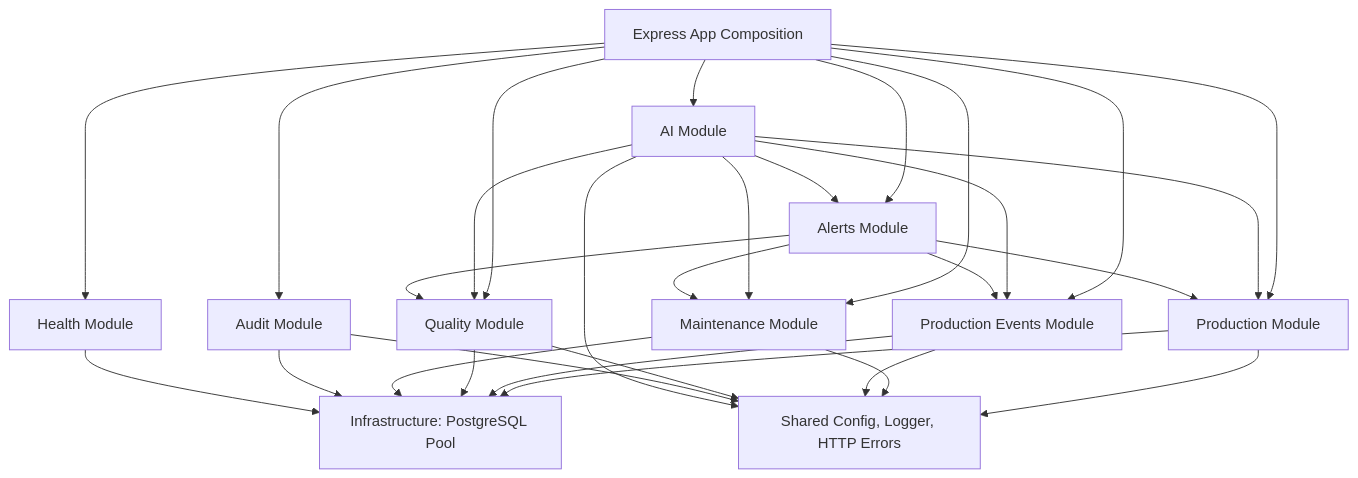
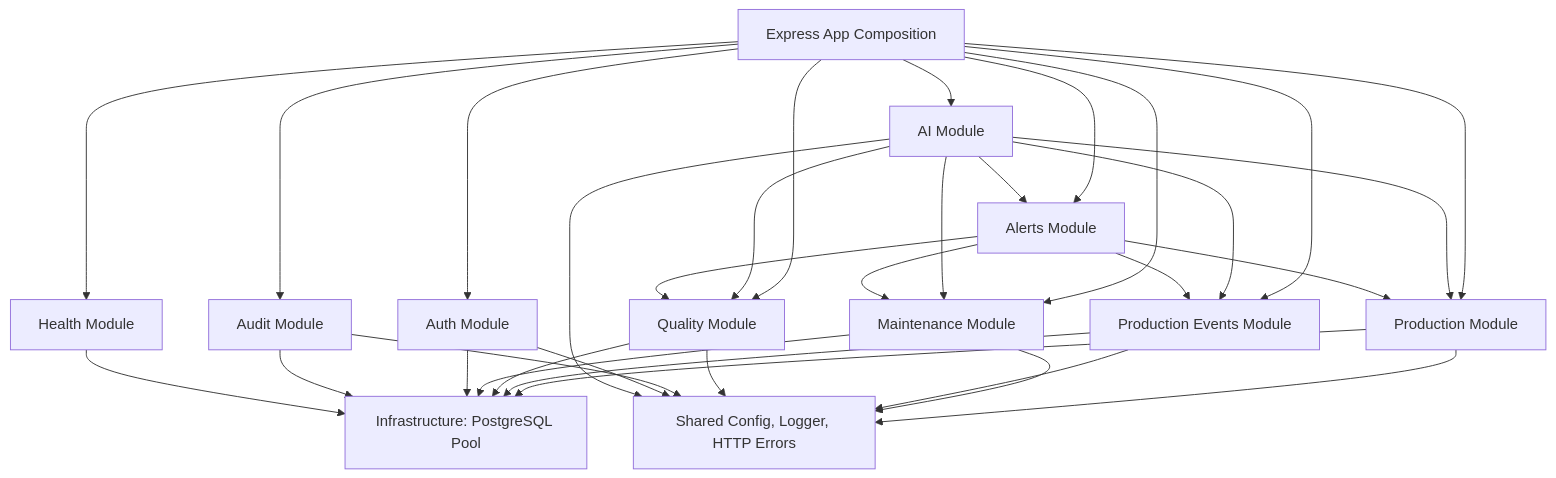
The first of 3 diagrams in docs/ARCHITECTURE.md (moslemajra85/indutry-app), drawn with Mermaid before and after one commit. The commit also changed other lines of this file and 28 other files, not shown here.

````diff
--- a/docs/ARCHITECTURE.md
+++ b/docs/ARCHITECTURE.md
@@ -21,44 +21,48 @@
 ```mermaid
 flowchart TB
   App[Express App Composition]
   Shared[Shared Config, Logger, HTTP Errors]
   Infra[Infrastructure: PostgreSQL Pool]
   Production[Production Module]
   ProductionEvents[Production Events Module]
   Quality[Quality Module]
   Maintenance[Maintenance Module]
   Alerts[Alerts Module]
+  Auth[Auth Module]
   Audit[Audit Module]
   AI[AI Module]
   Health[Health Module]
 
   App --> Production
   App --> ProductionEvents
   App --> Quality
   App --> Maintenance
   App --> Alerts
+  App --> Auth
   App --> Audit
   App --> AI
   App --> Health
   Production --> Infra
   ProductionEvents --> Infra
   Quality --> Infra
   Maintenance --> Infra
+  Auth --> Infra
   Audit --> Infra
   AI --> Production
   AI --> ProductionEvents
   AI --> Quality
   AI --> Alerts
   AI --> Maintenance
   Alerts --> Production
   Alerts --> ProductionEvents
   Alerts --> Quality
   Alerts --> Maintenance
   Production --> Shared
   Maintenance --> Shared
   ProductionEvents --> Shared
   Quality --> Shared
   Audit --> Shared
+  Auth --> Shared
   AI --> Shared
   Health --> Infra
 ```
````
